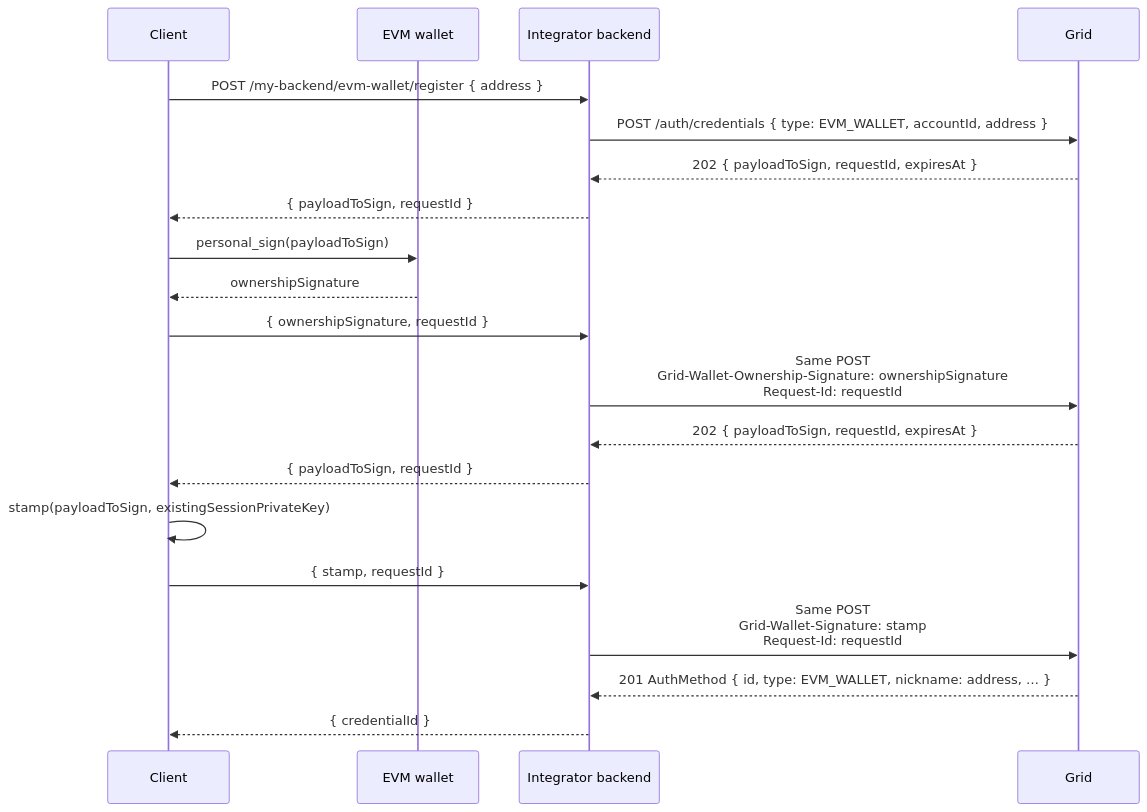
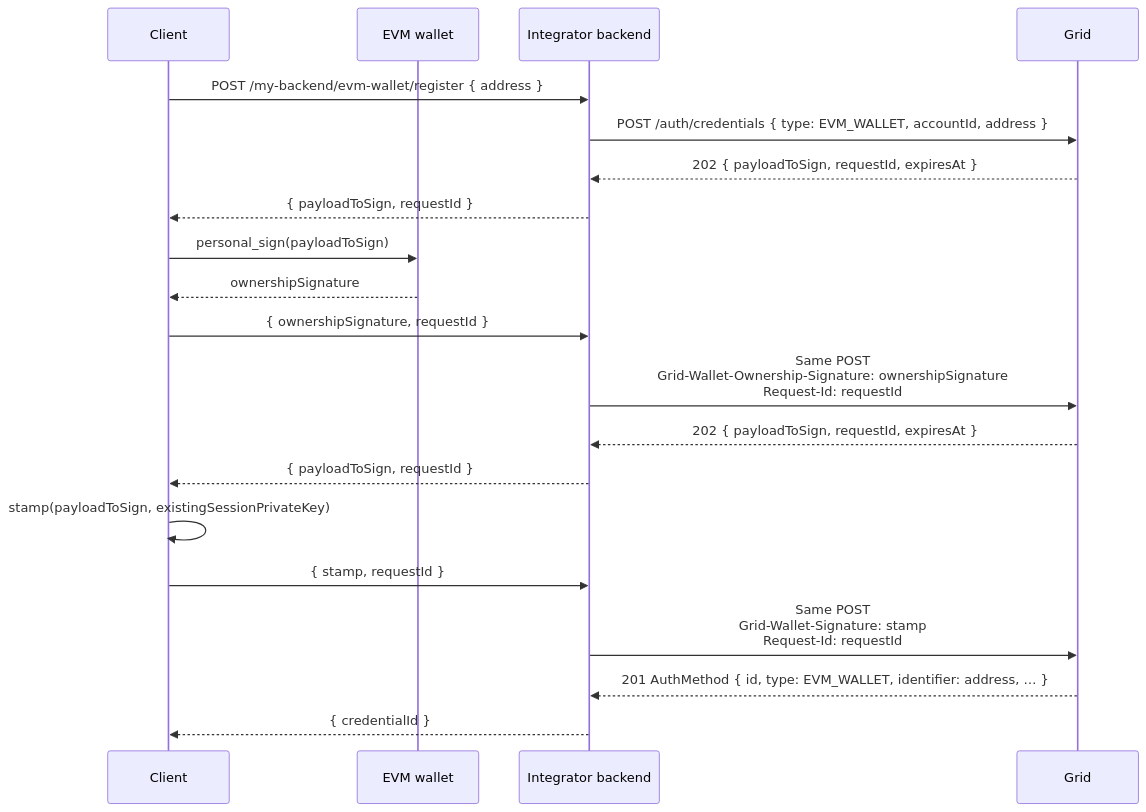
The fifth of 7 diagrams in mintlify/snippets/global-accounts/authentication.mdx (lightsparkdev/grid-api), drawn with Mermaid before and after one commit. The commit also changed other lines of this file and 10 other files, not shown here.

First line of the commit message:
feat(auth): expose a credential's identifier apart from its nickname

````diff
--- a/mintlify/snippets/global-accounts/authentication.mdx
+++ b/mintlify/snippets/global-accounts/authentication.mdx
@@ -736,23 +739,23 @@
 ```mermaid
 sequenceDiagram
   participant C as Client
   participant W as EVM wallet
   participant IB as Integrator backend
   participant G as Grid
 
   C->>IB: POST /my-backend/evm-wallet/register { address }
   IB->>G: POST /auth/credentials { type: EVM_WALLET, accountId, address }
   G-->>IB: 202 { payloadToSign, requestId, expiresAt }
   IB-->>C: { payloadToSign, requestId }
   C->>W: personal_sign(payloadToSign)
   W-->>C: ownershipSignature
   C->>IB: { ownershipSignature, requestId }
   IB->>G: Same POST<br/>Grid-Wallet-Ownership-Signature: ownershipSignature<br/>Request-Id: requestId
   G-->>IB: 202 { payloadToSign, requestId, expiresAt }
   IB-->>C: { payloadToSign, requestId }
   C->>C: stamp(payloadToSign, existingSessionPrivateKey)
   C->>IB: { stamp, requestId }
   IB->>G: Same POST<br/>Grid-Wallet-Signature: stamp<br/>Request-Id: requestId
-  G-->>IB: 201 AuthMethod { id, type: EVM_WALLET, nickname: address, … }
+  G-->>IB: 201 AuthMethod { id, type: EVM_WALLET, identifier: address, … }
   IB-->>C: { credentialId }
 ```
````
